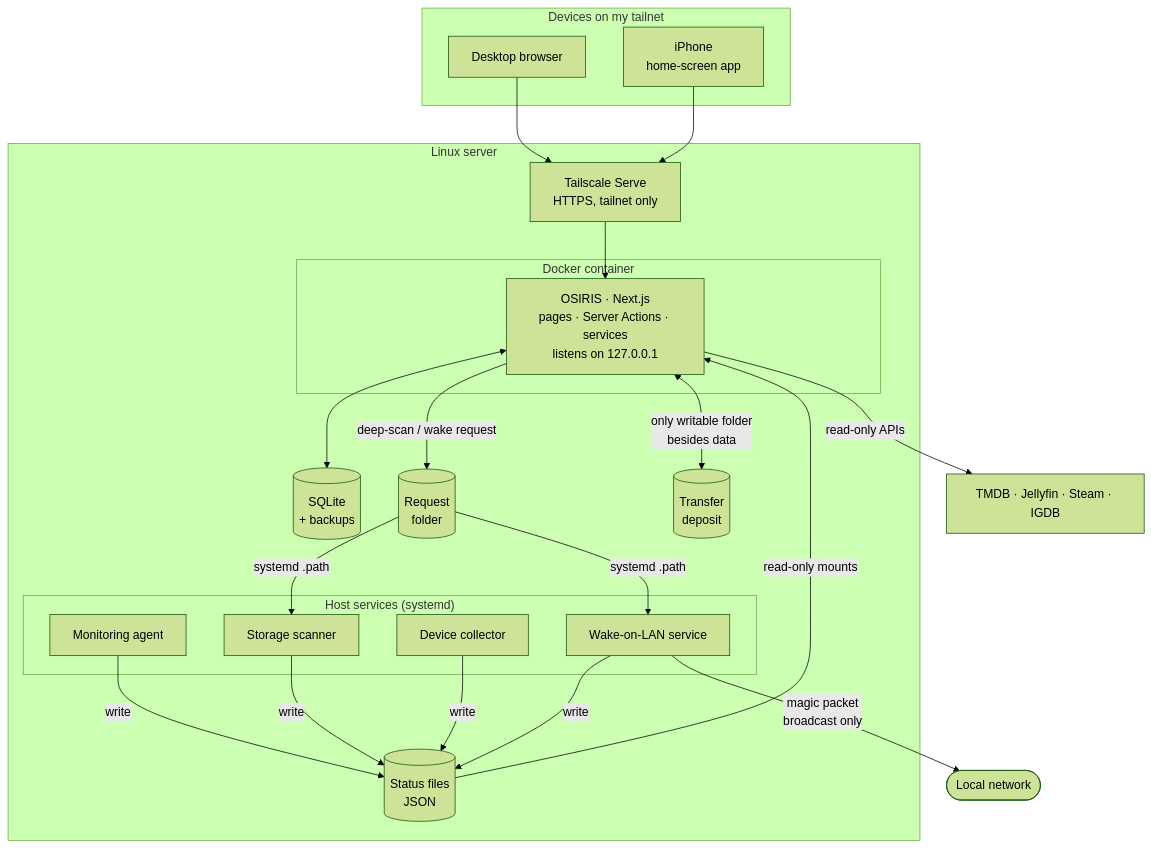
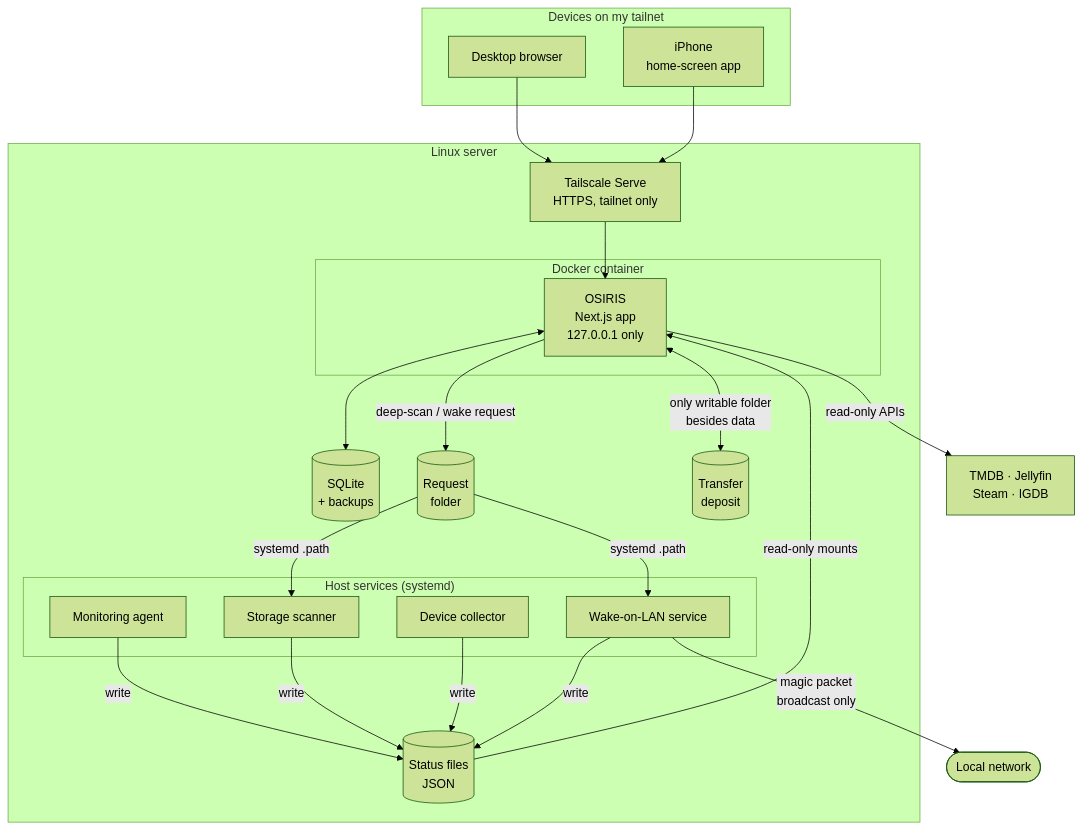
The diagram in docs/architecture.md (Alexkadere/osiris-showcase), drawn with Mermaid (forest theme) before and after one commit. The commit also changed 4 other files, not shown here.

````diff
--- a/docs/architecture.md
+++ b/docs/architecture.md
@@ -9,40 +9,40 @@
 ```mermaid
 flowchart TB
   subgraph clients["Devices on my tailnet"]
     PC["Desktop browser"]
     PH["iPhone<br/>home-screen app"]
   end
 
   subgraph server["Linux server"]
     TS["Tailscale Serve<br/>HTTPS, tailnet only"]
 
     subgraph box["Docker container"]
-      APP["OSIRIS · Next.js<br/>pages · Server Actions · services<br/>listens on 127.0.0.1"]
+      APP["OSIRIS<br/>Next.js app<br/>127.0.0.1 only"]
     end
 
     DB[("SQLite<br/>+ backups")]
     FILES[("Status files<br/>JSON")]
     REQ[("Request<br/>folder")]
     DEP[("Transfer<br/>deposit")]
 
     subgraph host["Host services (systemd)"]
       AG["Monitoring agent"]
       SC["Storage scanner"]
       DV["Device collector"]
       WK["Wake-on-LAN service"]
     end
   end
 
-  EXT["TMDB · Jellyfin · Steam · IGDB"]
+  EXT["TMDB · Jellyfin<br/>Steam · IGDB"]
   LAN(["Local network"])
 
   PC & PH --> TS --> APP
   APP <--> DB
   APP -->|read-only APIs| EXT
   AG & SC & DV & WK -->|write| FILES
   FILES -->|read-only mounts| APP
   APP -->|"deep-scan / wake request"| REQ
   REQ -->|"systemd .path"| SC & WK
   APP <-->|"only writable folder<br/>besides data"| DEP
   WK -->|"magic packet<br/>broadcast only"| LAN
 ```
````
